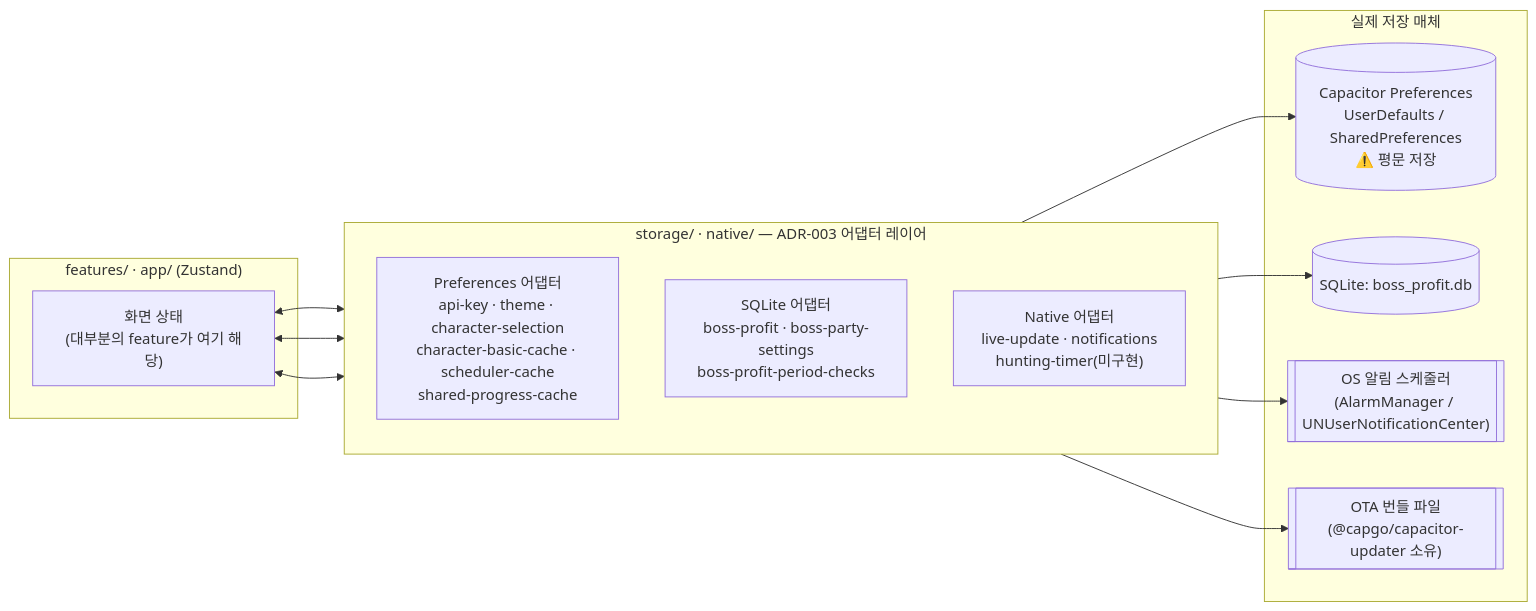
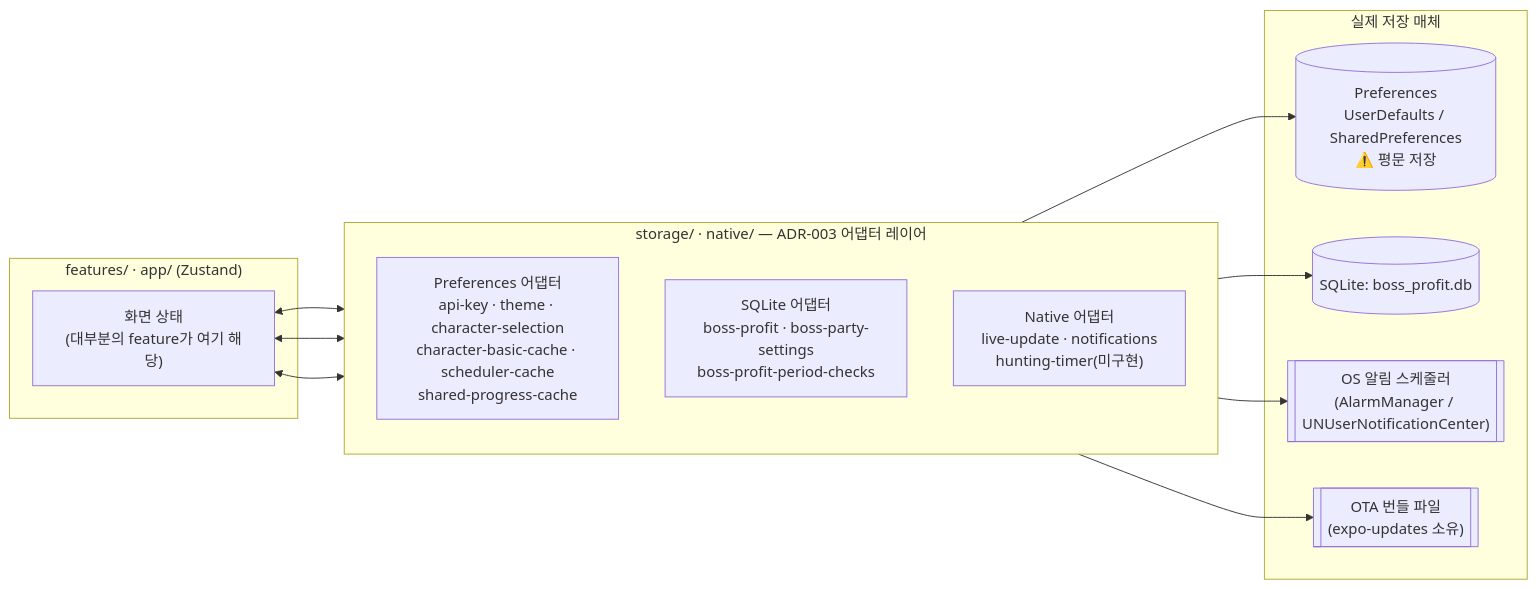
One commit to jini520/maple-routine changed the diagram in docs/persistence/README.md. Above: the diagram before and after it, drawn with Mermaid. The commit also changed other lines of this file and 25 other files, not shown here.

````diff
--- a/docs/persistence/README.md
+++ b/docs/persistence/README.md
@@ -23,28 +23,28 @@
 ```mermaid
 flowchart LR
     subgraph L1[" features/ · app/ (Zustand) "]
         UI["화면 상태\n(대부분의 feature가 여기 해당)"]
     end
 
     subgraph L2[" storage/ · native/ — ADR-003 어댑터 레이어 "]
         direction TB
         PrefAdapters["Preferences 어댑터\napi-key · theme · character-selection\ncharacter-basic-cache · scheduler-cache\nshared-progress-cache"]
         SqlAdapters["SQLite 어댑터\nboss-profit · boss-party-settings\nboss-profit-period-checks"]
         NativeAdapters["Native 어댑터\nlive-update · notifications\nhunting-timer(미구현)"]
     end
 
     subgraph L3[" 실제 저장 매체 "]
-        Pref[("Capacitor Preferences\nUserDefaults / SharedPreferences\n⚠️ 평문 저장")]
+        Pref[("Preferences\nUserDefaults / SharedPreferences\n⚠️ 평문 저장")]
         Sql[("SQLite: boss_profit.db")]
         OS[["OS 알림 스케줄러\n(AlarmManager / UNUserNotificationCenter)"]]
-        OTA[["OTA 번들 파일\n(@capgo/capacitor-updater 소유)"]]
+        OTA[["OTA 번들 파일\n(expo-updates 소유)"]]
     end
 
     UI <--> PrefAdapters
     UI <--> SqlAdapters
     UI <--> NativeAdapters
     PrefAdapters --> Pref
     SqlAdapters --> Sql
     NativeAdapters --> OS
     NativeAdapters --> OTA
 ```
````
